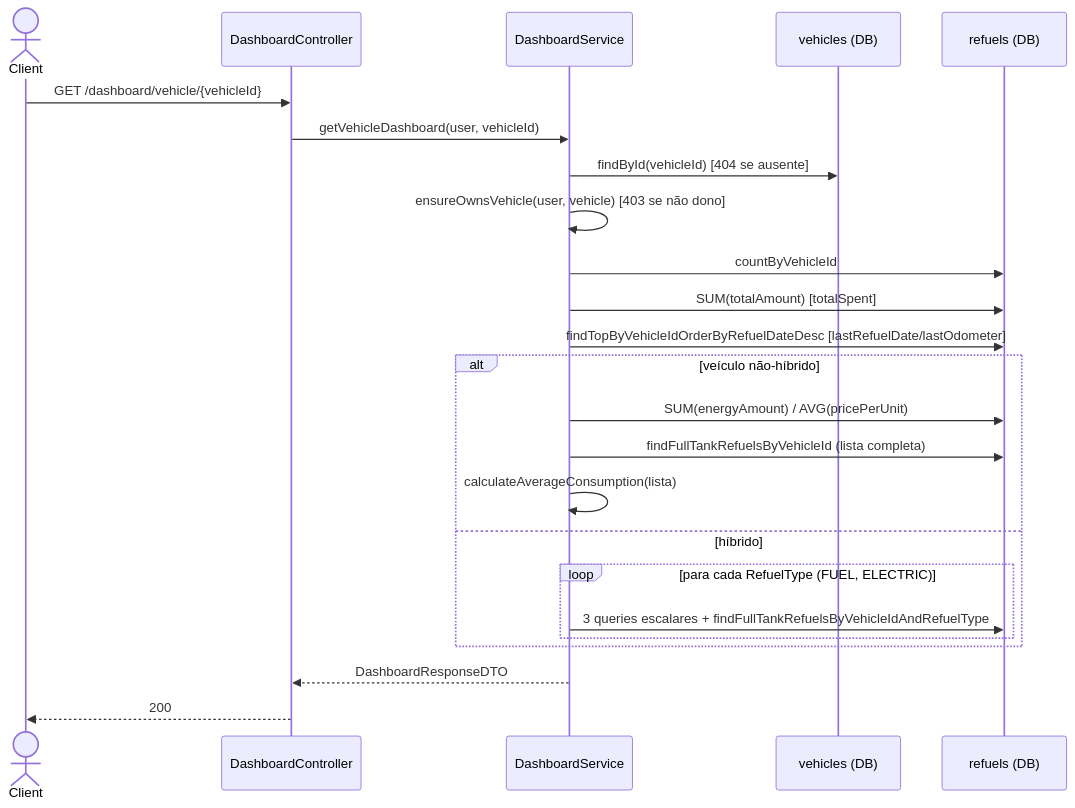
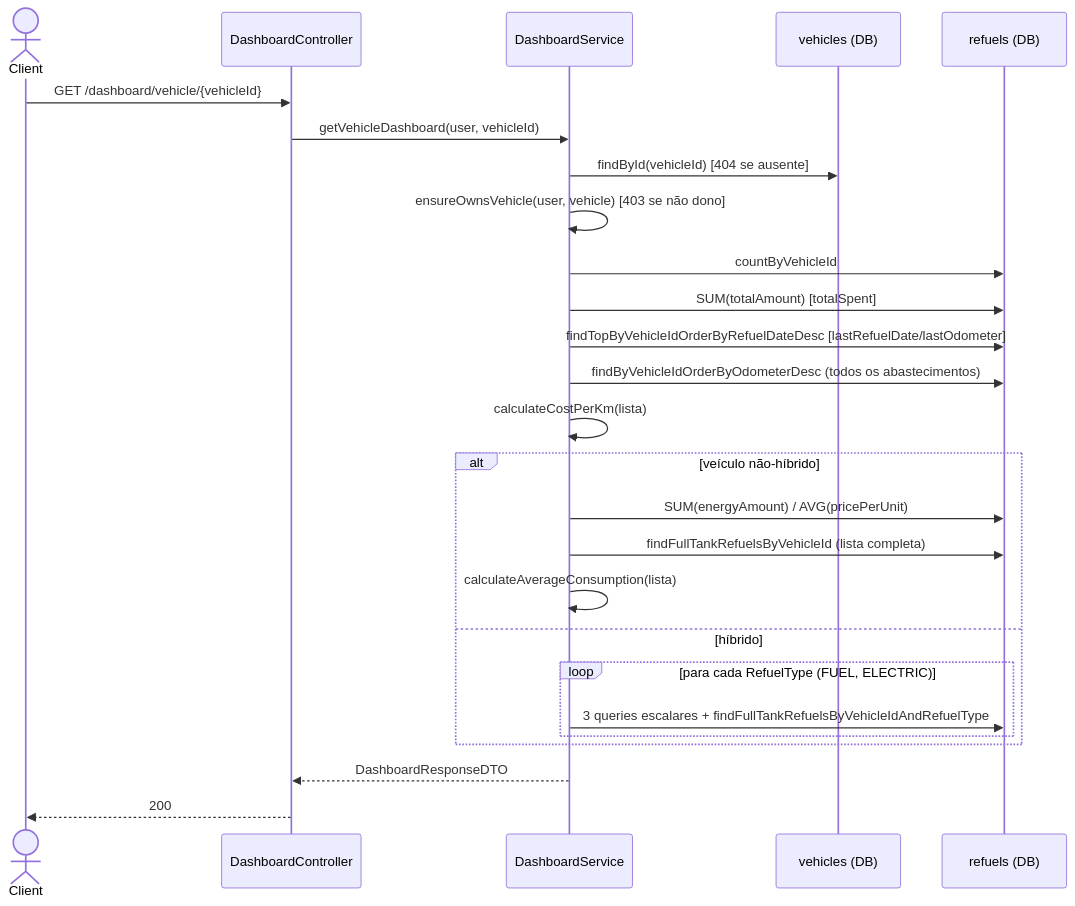
Before and after one commit to Rochafelip/flow-fuel-api: the diagram in docs/endpoint-flows/dashboard.md, drawn with Mermaid. The commit also changed other lines of this file and 6 other files, not shown here.

First line of the commit message:
feat: add cost-per-km metric to vehicle dashboard

````diff
--- a/docs/endpoint-flows/dashboard.md
+++ b/docs/endpoint-flows/dashboard.md
@@ -9,27 +9,29 @@
 ```mermaid
 sequenceDiagram
     actor Client
     participant API as DashboardController
     participant Svc as DashboardService
     participant VDB as vehicles (DB)
     participant RDB as refuels (DB)
 
     Client->>API: GET /dashboard/vehicle/{vehicleId}
     API->>Svc: getVehicleDashboard(user, vehicleId)
     Svc->>VDB: findById(vehicleId) [404 se ausente]
     Svc->>Svc: ensureOwnsVehicle(user, vehicle) [403 se não dono]
     Svc->>RDB: countByVehicleId
     Svc->>RDB: SUM(totalAmount) [totalSpent]
     Svc->>RDB: findTopByVehicleIdOrderByRefuelDateDesc [lastRefuelDate/lastOdometer]
+    Svc->>RDB: findByVehicleIdOrderByOdometerDesc (todos os abastecimentos)
+    Svc->>Svc: calculateCostPerKm(lista)
     alt veículo não-híbrido
         Svc->>RDB: SUM(energyAmount) / AVG(pricePerUnit)
         Svc->>RDB: findFullTankRefuelsByVehicleId (lista completa)
         Svc->>Svc: calculateAverageConsumption(lista)
     else híbrido
         loop para cada RefuelType (FUEL, ELECTRIC)
             Svc->>RDB: 3 queries escalares + findFullTankRefuelsByVehicleIdAndRefuelType
         end
     end
     Svc-->>API: DashboardResponseDTO
     API-->>Client: 200
 ```
````
